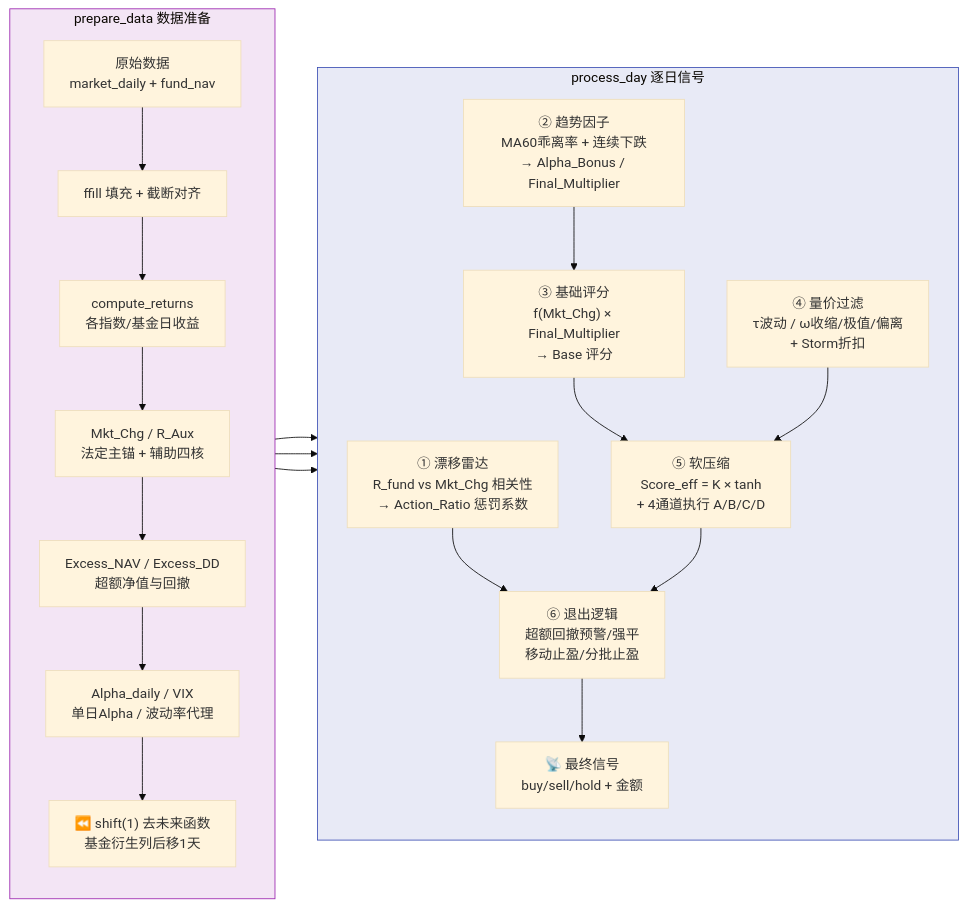
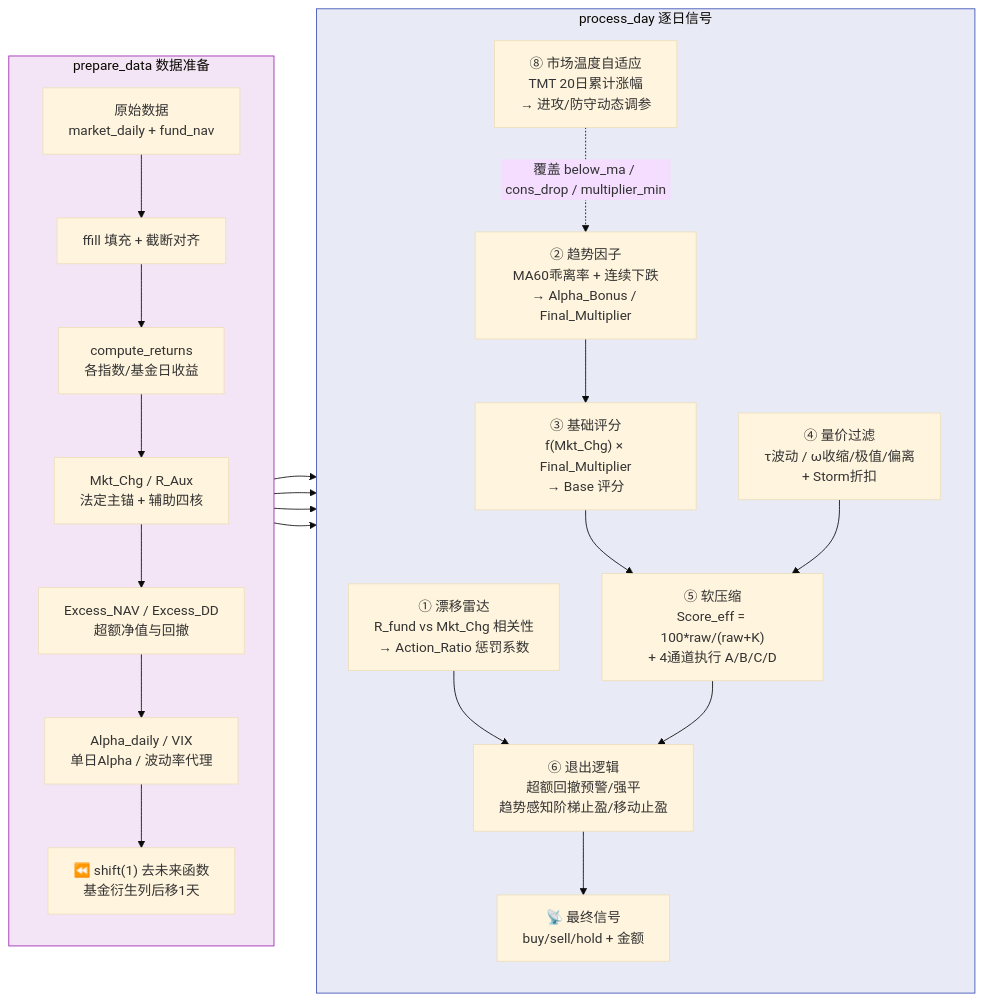
Before and after one commit to liuhao666-lucky/quant-019018: the second of 5 diagrams in README.md, drawn with Mermaid (base theme). The commit also changed other lines of this file and 11 other files, not shown here.

````diff
--- a/README.md
+++ b/README.md
@@ -47,28 +47,30 @@
 ```mermaid
 flowchart LR
     subgraph PREP["prepare_data 数据准备"]
         direction TB
         R["原始数据<br/>market_daily + fund_nav"] --> F["ffill 填充 + 截断对齐"]
         F --> C["compute_returns<br/>各指数/基金日收益"]
         C --> B["Mkt_Chg / R_Aux<br/>法定主锚 + 辅助四核"]
         B --> E["Excess_NAV / Excess_DD<br/>超额净值与回撤"]
         E --> A["Alpha_daily / VIX<br/>单日Alpha / 波动率代理"]
         A --> SH["⏪ shift(1) 去未来函数<br/>基金衍生列后移1天"]
     end
 
     subgraph SIGNAL["process_day 逐日信号"]
         direction TB
         SH --> M1["① 漂移雷达<br/>R_fund vs Mkt_Chg 相关性<br/>→ Action_Ratio 惩罚系数"]
         SH --> M2["② 趋势因子<br/>MA60乖离率 + 连续下跌<br/>→ Alpha_Bonus / Final_Multiplier"]
         M2 --> M3["③ 基础评分<br/>f(Mkt_Chg) × Final_Multiplier<br/>→ Base 评分"]
         SH --> M4["④ 量价过滤<br/>τ波动 / ω收缩/极值/偏离<br/>+ Storm折扣"]
-        M3 --> M5["⑤ 软压缩<br/>Score_eff = K × tanh<br/>+ 4通道执行 A/B/C/D"]
+        SH --> M8["⑧ 市场温度自适应<br/>TMT 20日累计涨幅<br/>→ 进攻/防守动态调参"]
+        M8 -.->|"覆盖 below_ma / cons_drop / multiplier_min"| M2
+        M3 --> M5["⑤ 软压缩<br/>Score_eff = 100*raw/(raw+K)<br/>+ 4通道执行 A/B/C/D"]
         M4 --> M5
-        M1 --> M6["⑥ 退出逻辑<br/>超额回撤预警/强平<br/>移动止盈/分批止盈"]
+        M1 --> M6["⑥ 退出逻辑<br/>超额回撤预警/强平<br/>趋势感知阶梯止盈/移动止盈"]
         M5 --> M6
         M6 --> OUT["📡 最终信号<br/>buy/sell/hold + 金额"]
     end
 
     style PREP fill:#f3e5f5,stroke:#9c27b0
     style SIGNAL fill:#e8eaf6,stroke:#3f51b5
 ```
````
